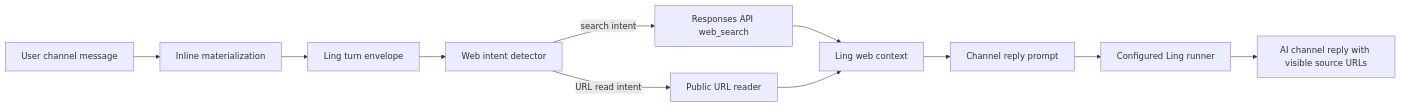
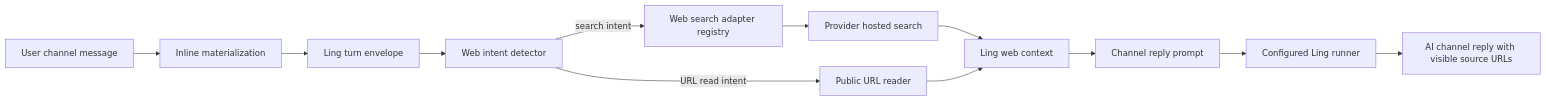
The first of 2 diagrams in docs/design/ling-web-tools.md (ling-stack-org/ling-stack), drawn with Mermaid before and after one commit. The commit also changed other lines of this file and 5 other files, not shown here.

Commit message:
Add global web search adapter service

````diff
--- a/docs/design/ling-web-tools.md
+++ b/docs/design/ling-web-tools.md
@@ -15,13 +15,14 @@
 ```mermaid
 flowchart LR
   User["User channel message"] --> Materialize["Inline materialization"]
   Materialize --> Envelope["Ling turn envelope"]
   Envelope --> WebIntent["Web intent detector"]
-  WebIntent -->|search intent| Search["Responses API web_search"]
+  WebIntent -->|search intent| Registry["Web search adapter registry"]
+  Registry --> Search["Provider hosted search"]
   WebIntent -->|URL read intent| ReadUrl["Public URL reader"]
   Search --> Context["Ling web context"]
   ReadUrl --> Context
   Context --> Prompt["Channel reply prompt"]
   Prompt --> Runner["Configured Ling runner"]
   Runner --> Reply["AI channel reply with visible source URLs"]
 ```
````
